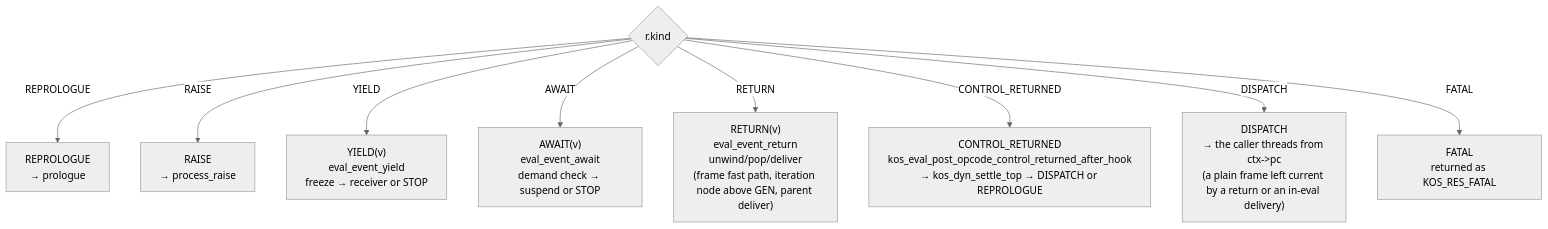
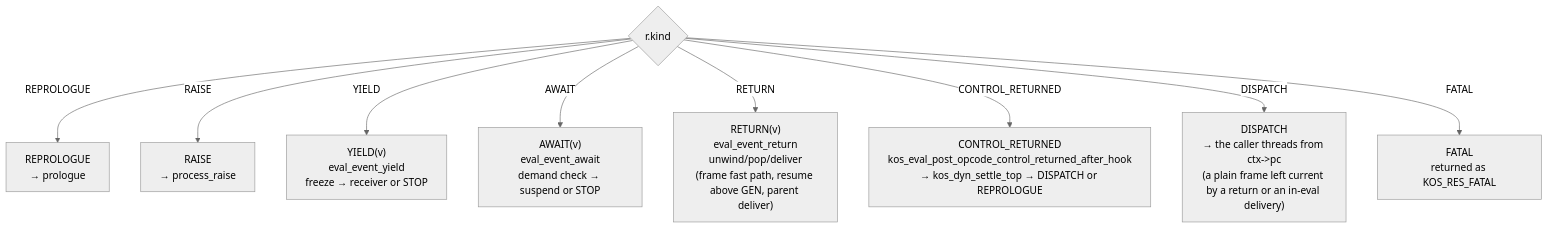
The seventh of 12 diagrams in design/EVALUATOR.md (koskari-lang/koskari), drawn with Mermaid (neutral theme) before and after one commit. The commit also changed other lines of this file and 11 other files, not shown here.

First line of the commit message:
Describe iteration delivery as the frame's resume in the docs

````diff
--- a/design/EVALUATOR.md
+++ b/design/EVALUATOR.md
@@ -489,21 +489,21 @@
 ```mermaid
 flowchart TD
     kind{"r.kind"}
     repro["REPROLOGUE<br/>→ prologue"]
     raise["RAISE<br/>→ process_raise"]
     yield["YIELD(v)<br/>eval_event_yield<br/>freeze → receiver or STOP"]
     await["AWAIT(v)<br/>eval_event_await<br/>demand check → suspend or STOP"]
-    ret["RETURN(v)<br/>eval_event_return<br/>unwind/pop/deliver<br/>(frame fast path, iteration node above GEN, parent deliver)"]
+    ret["RETURN(v)<br/>eval_event_return<br/>unwind/pop/deliver<br/>(frame fast path, resume above GEN, parent deliver)"]
     ctrl["CONTROL_RETURNED<br/>kos_eval_post_opcode_control_returned_after_hook<br/>→ kos_dyn_settle_top → DISPATCH or REPROLOGUE"]
     disp["DISPATCH<br/>→ the caller threads from ctx->pc<br/>(a plain frame left current by a return or an in-eval delivery)"]
     fatal["FATAL<br/>returned as KOS_RES_FATAL"]
 
     kind -->|REPROLOGUE| repro
     kind -->|RAISE| raise
     kind -->|YIELD| yield
     kind -->|AWAIT| await
     kind -->|RETURN| ret
     kind -->|CONTROL_RETURNED| ctrl
     kind -->|DISPATCH| disp
     kind -->|FATAL| fatal
 ```
````
